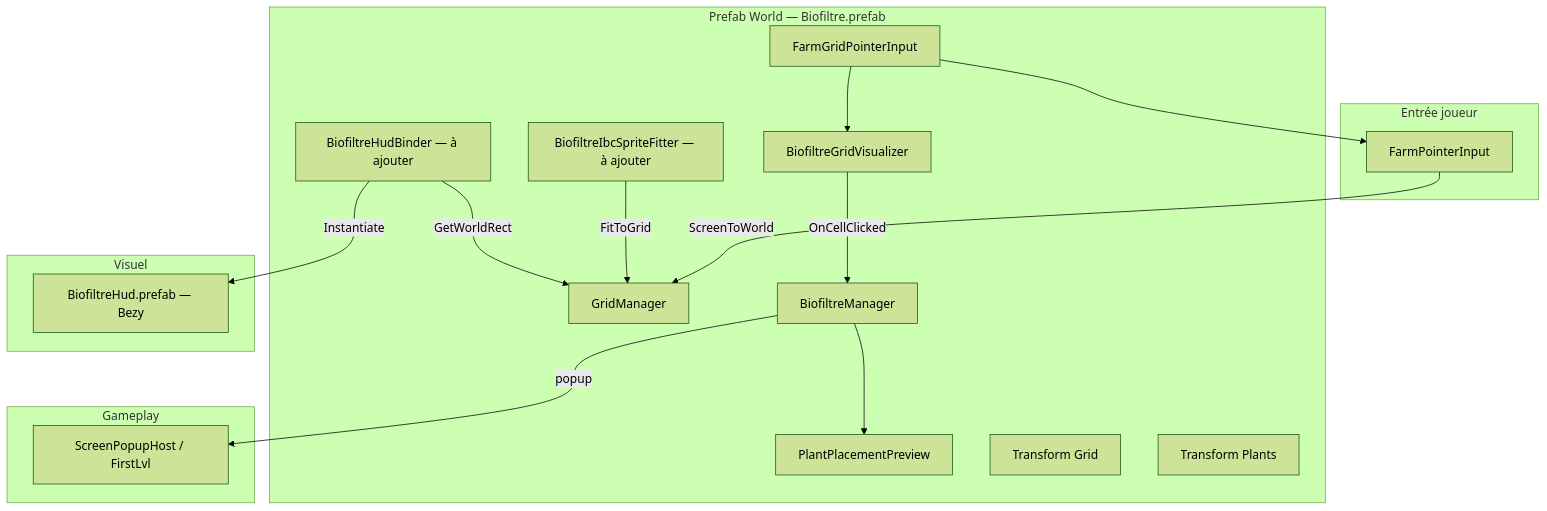
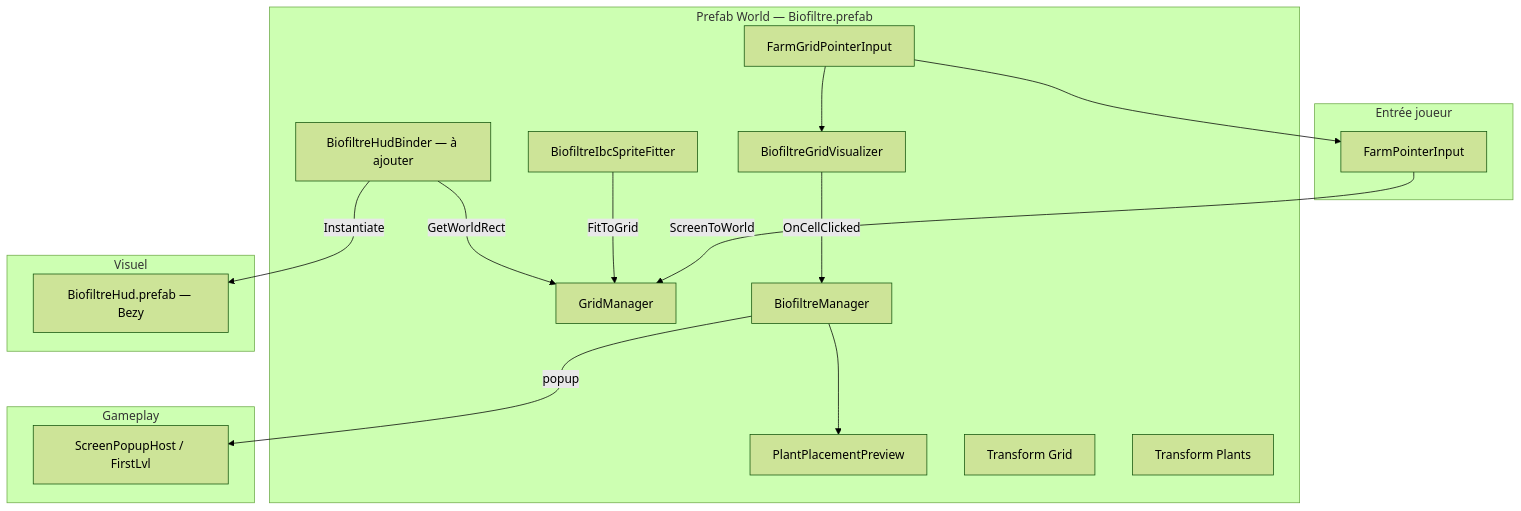
The diagram in Notes/Farm/CABLAGE_biofiltre_ibc_grille_bezi.md (madhackademie/RaymanInifiteRunner), drawn with Mermaid (forest theme) before and after one commit. The commit also changed other lines of this file and 23 other files, not shown here.

Commit message:
farm: HUD Biofiltre, IBC, pose laitue centrée et preview footprint plus opaque

````diff
--- a/Notes/Farm/CABLAGE_biofiltre_ibc_grille_bezi.md
+++ b/Notes/Farm/CABLAGE_biofiltre_ibc_grille_bezi.md
@@ -21,33 +21,33 @@
 ```mermaid
 flowchart TB
     subgraph World["Prefab World — Biofiltre.prefab"]
         GM[GridManager]
         BGV[BiofiltreGridVisualizer]
         BM[BiofiltreManager]
         PPP[PlantPlacementPreview]
         FPI[FarmGridPointerInput]
-        IBC[BiofiltreIbcSpriteFitter — à ajouter]
+        IBC[BiofiltreIbcSpriteFitter]
         BHB[BiofiltreHudBinder — à ajouter]
         Grid[Transform Grid]
         Plants[Transform Plants]
     end
 
     subgraph Input["Entrée joueur"]
         FP[FarmPointerInput]
         FPI --> FP
         FP -->|ScreenToWorld| GM
         FPI --> BGV
     end
 
     subgraph Gameplay["Gameplay"]
         BGV -->|OnCellClicked| BM
         BM --> PPP
         BM -->|popup| Popups[ScreenPopupHost / FirstLvl]
     end
 
     subgraph Visual["Visuel"]
         IBC -->|FitToGrid| GM
         BHB -->|GetWorldRect| GM
         BHB -->|Instantiate| HUD[BiofiltreHud.prefab — Bezy]
     end
 ```
````
